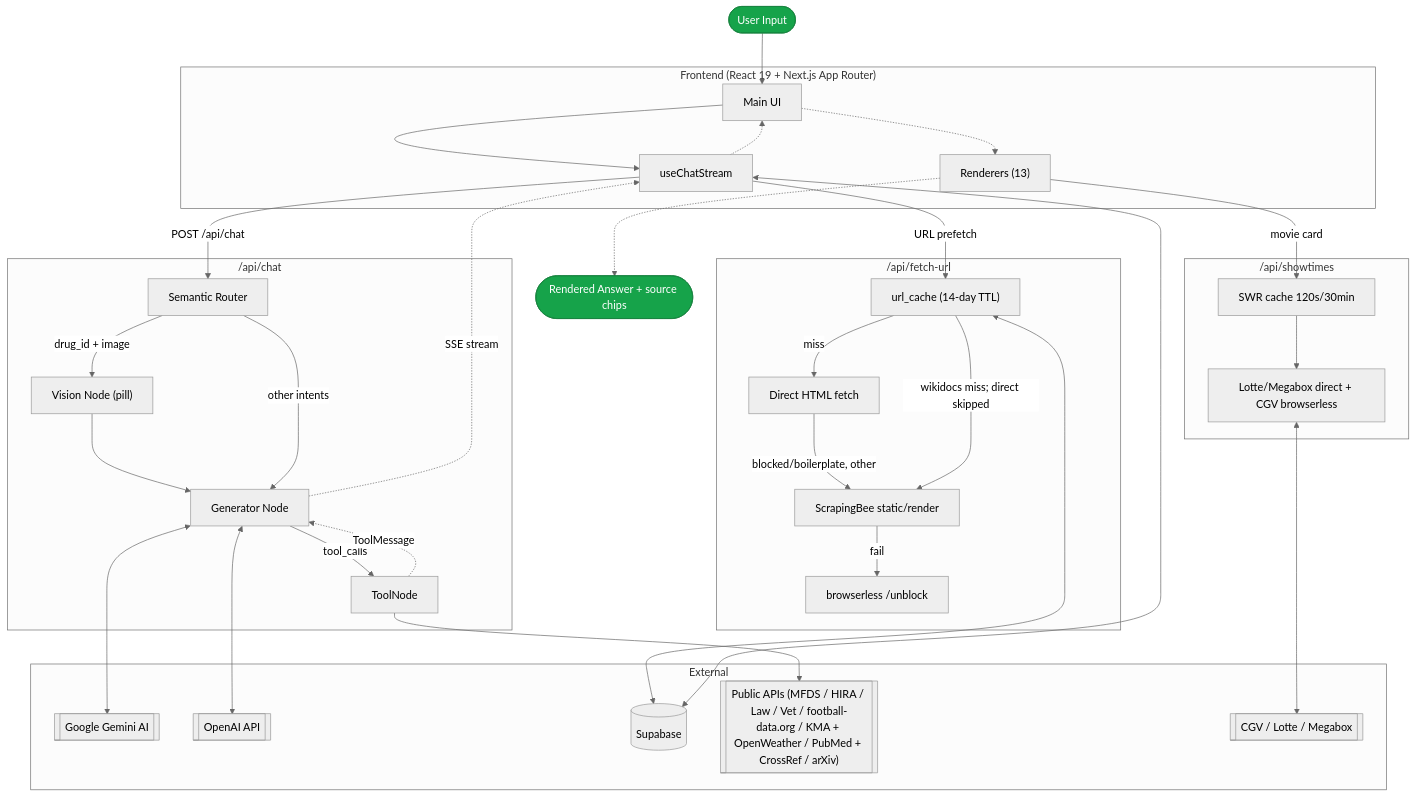
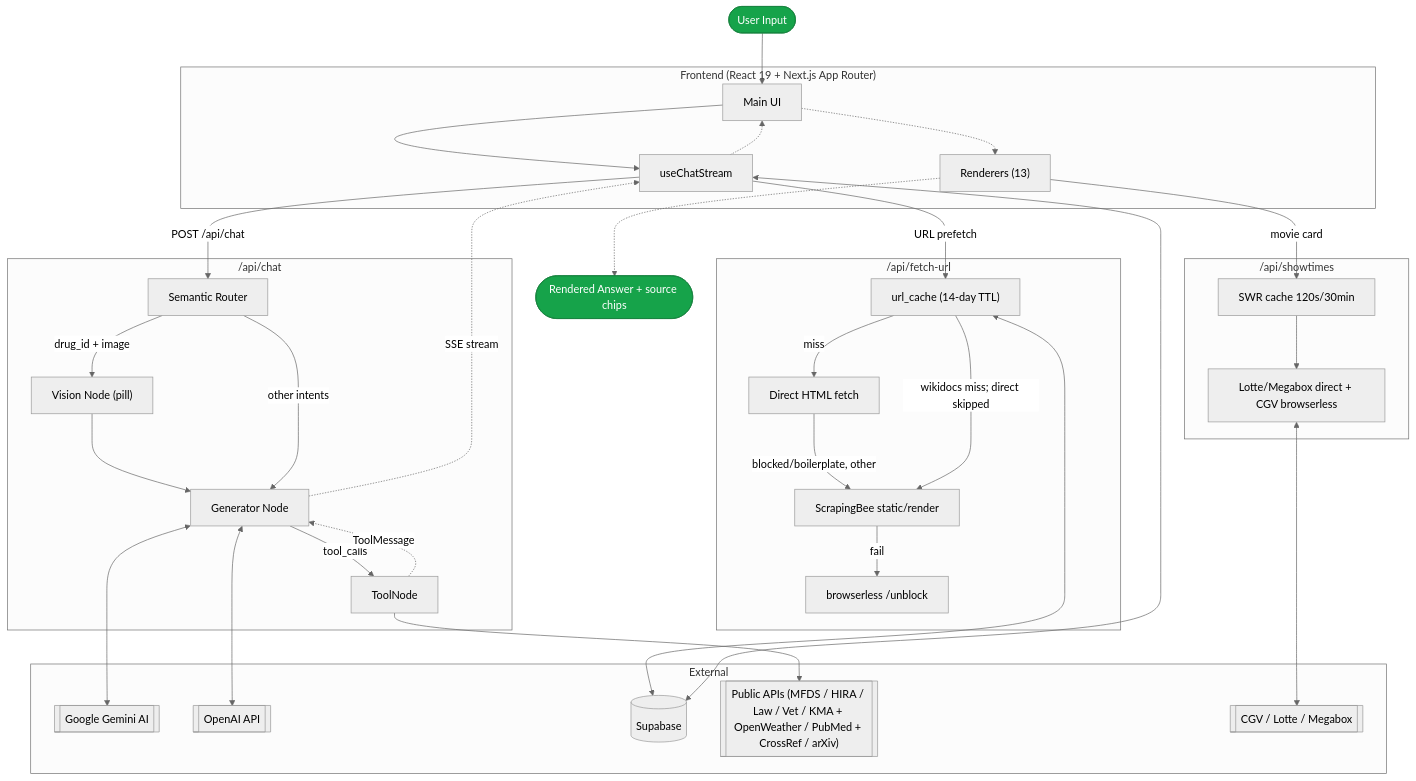
One commit to jpjp92/chat-agent changed the first of 2 diagrams in README.md. Above: the diagram before and after it, drawn with Mermaid (neutral theme). The commit also changed other lines of this file and 5 other files, not shown here.

````diff
--- a/README.md
+++ b/README.md
@@ -90,59 +95,59 @@
 ```mermaid
 flowchart TB
     In([User Input])
 
     subgraph Frontend ["Frontend (React 19 + Next.js App Router)"]
         UI[Main UI]
         Stream[useChatStream]
         Renderers["Renderers (13)"]
     end
 
     subgraph FetchAPI ["/api/fetch-url"]
         URLCache["url_cache (14-day TTL)"]
         Direct["Direct HTML fetch"]
         ScrapingBee["ScrapingBee static/render"]
         Browserless["browserless /unblock"]
     end
 
     subgraph ChatAPI ["/api/chat"]
         Router["Semantic Router"]
         Vision["Vision Node (pill)"]
         Generator["Generator Node"]
         ToolNode["ToolNode"]
     end
 
     subgraph ShowtimesAPI ["/api/showtimes"]
         SWR["SWR cache 120s/30min"]
         ChainFetch["Lotte/Megabox direct + CGV browserless"]
     end
 
     subgraph External ["External"]
         Gemini[["Google Gemini AI"]]
         OpenAI[["OpenAI API"]]
         Supabase[("Supabase")]
-        APIs[["Public APIs (MFDS / HIRA / Law / Vet / football-data.org / KMA + OpenWeather / PubMed + CrossRef / arXiv)"]]
+        APIs[["Public APIs (MFDS / HIRA / Law / Vet / KMA + OpenWeather / PubMed + CrossRef / arXiv)"]]
         Multiplex[["CGV / Lotte / Megabox"]]
     end
 
     Out([Rendered Answer + source chips])
 
     In --> UI --> Stream
     Stream -->|URL prefetch| URLCache -->|miss| Direct
     Direct -->|blocked/boilerplate, other| ScrapingBee
     URLCache -->|wikidocs miss; direct skipped| ScrapingBee
     ScrapingBee -->|fail| Browserless
     URLCache <--> Supabase
     Stream -->|POST /api/chat| Router
     Router -->|drug_id + image| Vision --> Generator
     Router -->|other intents| Generator
     Generator -->|tool_calls| ToolNode --> APIs
     Renderers -->|movie card| SWR --> ChainFetch <--> Multiplex
     Generator <--> Gemini
     Generator <--> OpenAI
     ToolNode -.->|ToolMessage| Generator
     Generator -.->|SSE stream| Stream -.-> UI -.-> Renderers -.-> Out
     Stream <--> Supabase
 
     classDef io fill:#16a34a,stroke:#15803d,color:#fff;
     class In,Out io;
 ```
````
